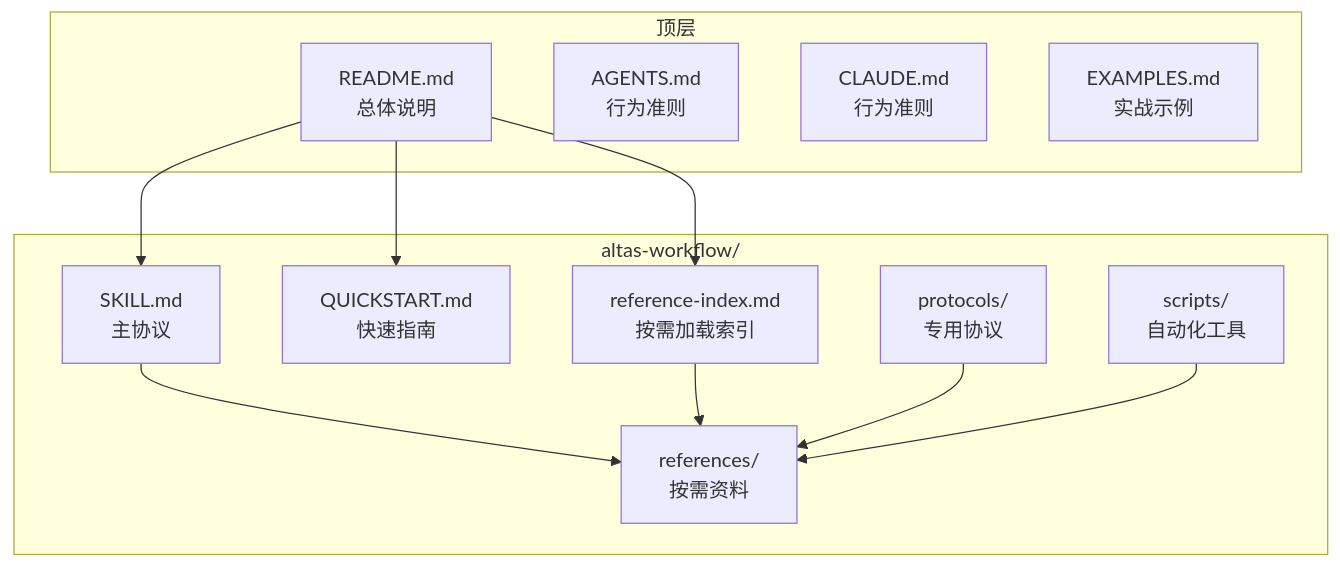
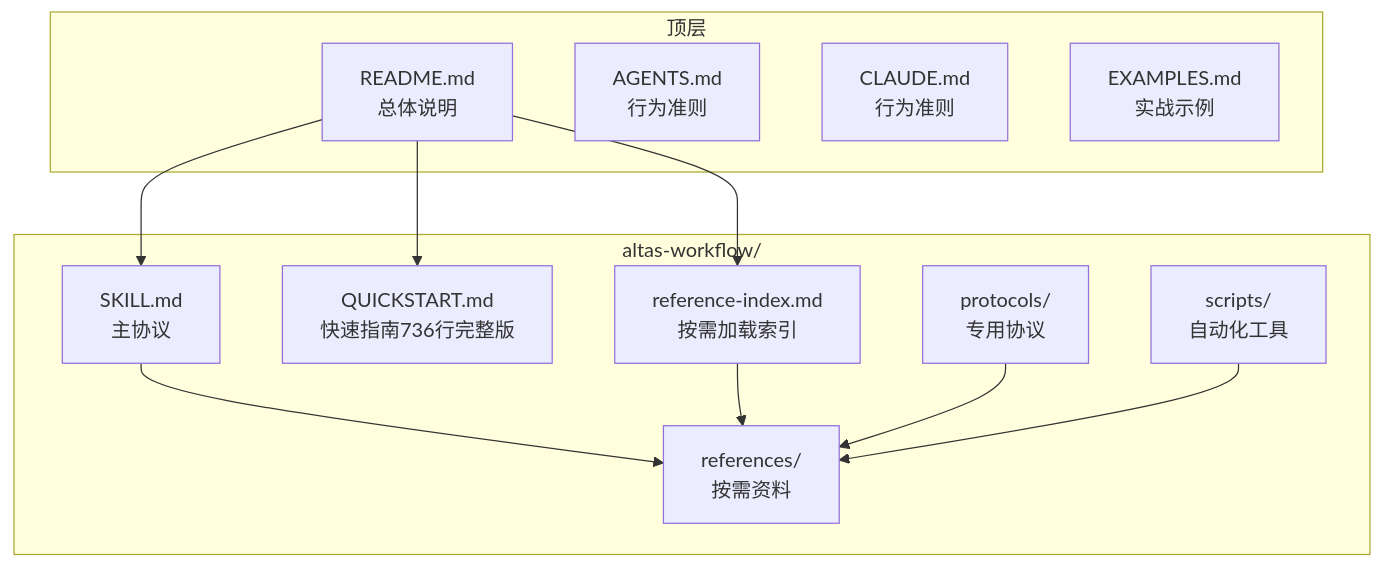
One commit to AngelWings1997/altas changed the first of 3 diagrams in .qoder/repowiki/zh/content/快速开始.md. Above: the diagram before and after it, drawn with Mermaid. The commit also changed other lines of this file and 2 other files, not shown here.

````diff
--- a/.qoder/repowiki/zh/content/快速开始.md
+++ b/.qoder/repowiki/zh/content/快速开始.md
@@ -47,24 +58,24 @@
 ```mermaid
 graph TB
 subgraph "altas-workflow/"
 A["SKILL.md<br/>主协议"]
-B["QUICKSTART.md<br/>快速指南"]
+B["QUICKSTART.md<br/>快速指南736行完整版"]
 C["reference-index.md<br/>按需加载索引"]
 D["protocols/<br/>专用协议"]
 E["references/<br/>按需资料"]
 F["scripts/<br/>自动化工具"]
 end
 subgraph "顶层"
 G["README.md<br/>总体说明"]
 H["AGENTS.md<br/>行为准则"]
 I["CLAUDE.md<br/>行为准则"]
 J["EXAMPLES.md<br/>实战示例"]
 end
 G --> A
 G --> B
 G --> C
 A --> E
 C --> E
 D --> E
 F --> E
 ```
````
